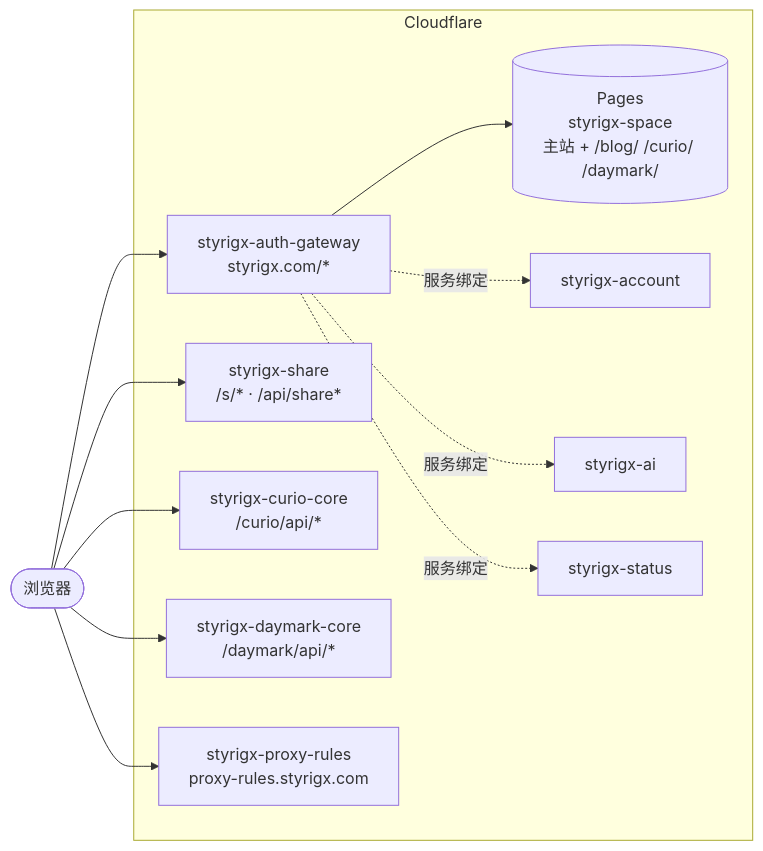
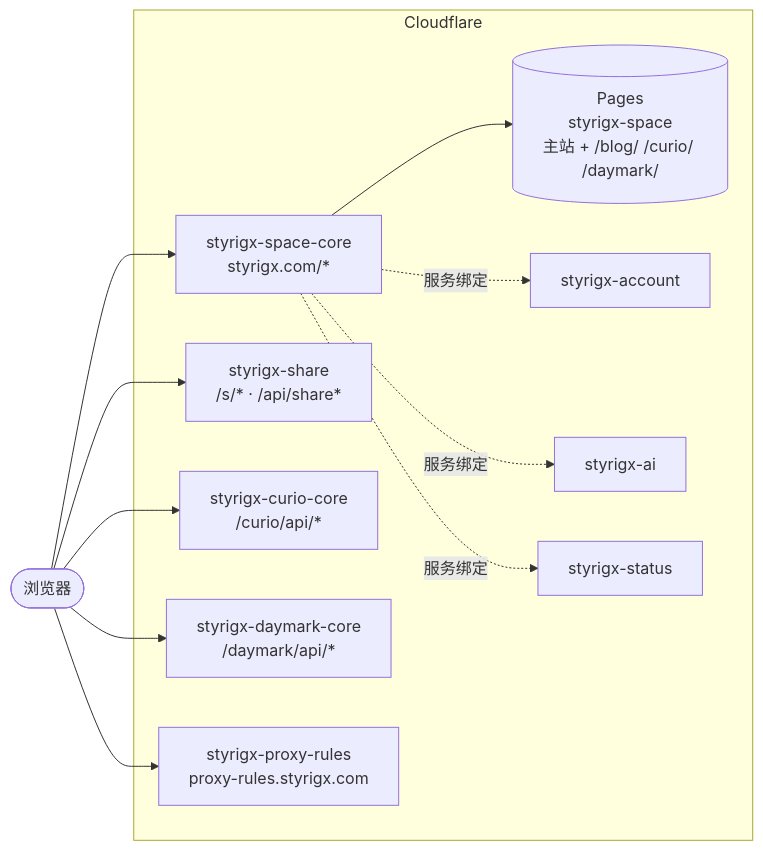
Before and after one commit to styrigx/styrigx-space: the diagram in README.md, drawn with Mermaid. The commit also changed other lines of this file and 334 other files, not shown here.

Commit message:
refactor(space): L2 后端改名 styrigx-space-core，share 并入 core（进行中）

````diff
--- a/README.md
+++ b/README.md
@@ -72,19 +72,19 @@
 ```mermaid
 flowchart LR
   V([浏览器]) --> GW
   subgraph CF[Cloudflare]
-    GW[styrigx-auth-gateway<br/>styrigx.com/*]
+    GW[styrigx-space-core<br/>styrigx.com/*]
     SH[styrigx-share<br/>/s/* · /api/share*]
     CC[styrigx-curio-core<br/>/curio/api/*]
     DC[styrigx-daymark-core<br/>/daymark/api/*]
     GW --> P1[(Pages<br/>styrigx-space<br/>主站 + /blog/ /curio/ /daymark/)]
     GW -. 服务绑定 .-> AC[styrigx-account]
     GW -. 服务绑定 .-> AI[styrigx-ai]
     GW -. 服务绑定 .-> ST[styrigx-status]
     PR[styrigx-proxy-rules<br/>proxy-rules.styrigx.com]
   end
   V --> SH
   V --> CC
   V --> DC
   V --> PR
 ```
````
